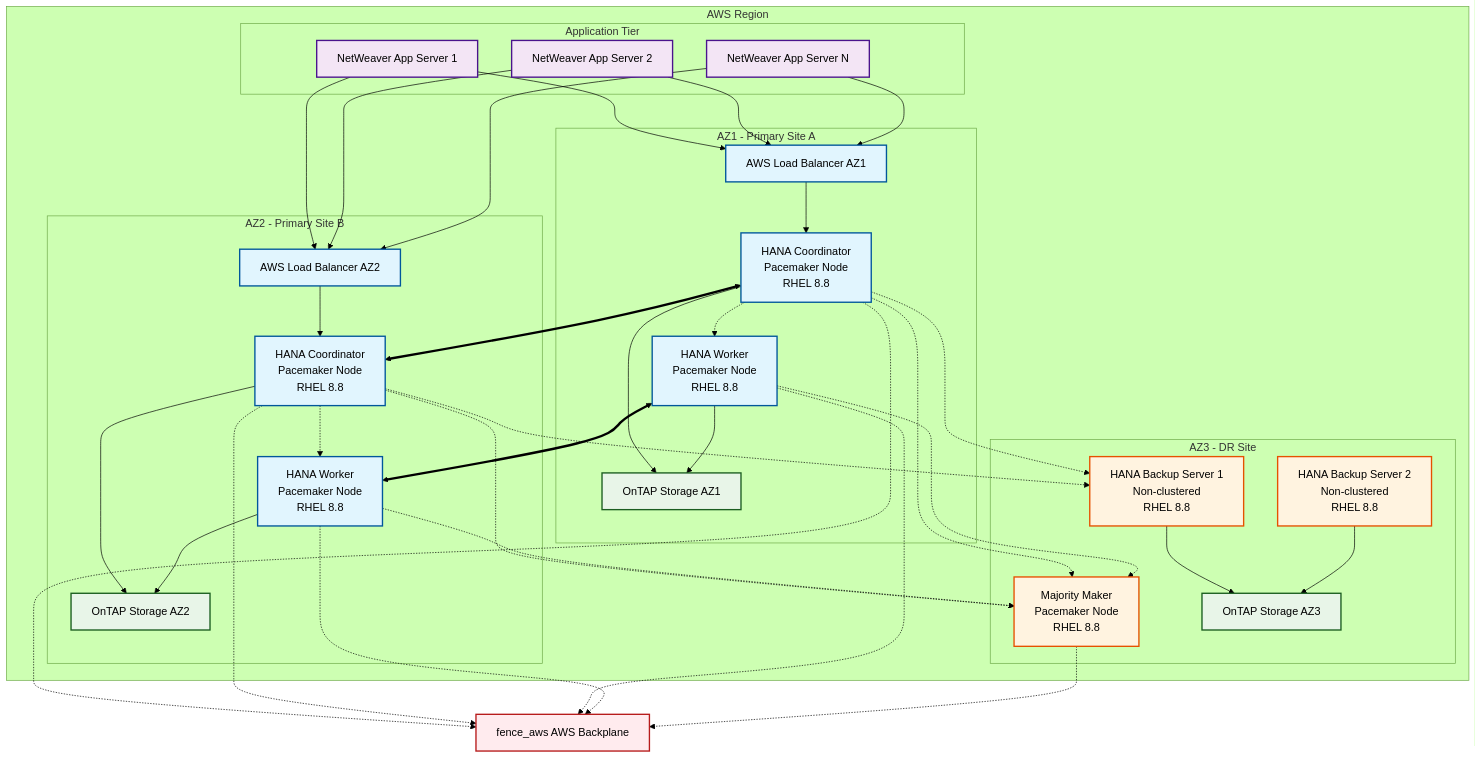
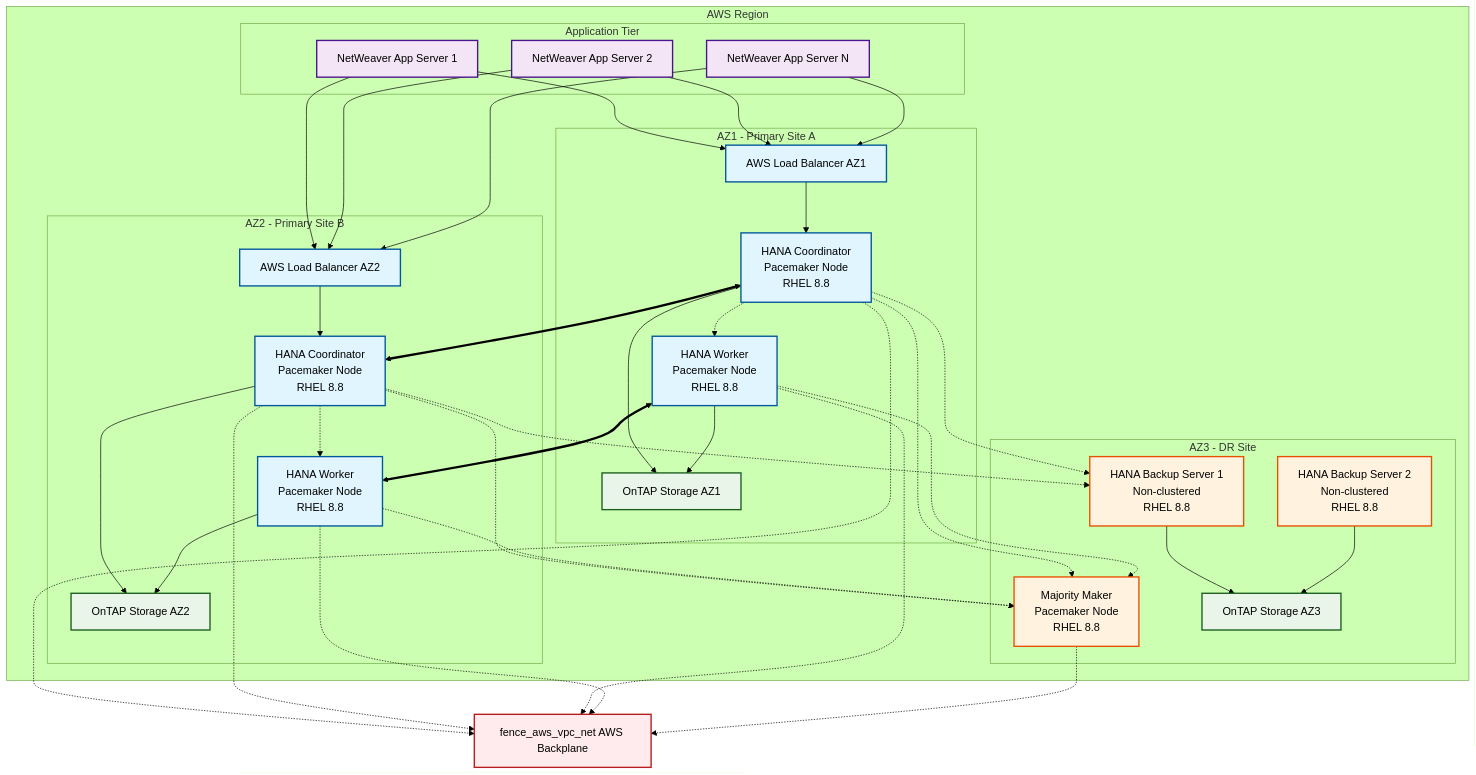
The first of 2 diagrams in README.md (robbybrodie/s4hanascaleout), drawn with Mermaid (forest theme) before and after one commit. The commit also changed other lines of this file, not shown here.

```diff
--- a/README.md
+++ b/README.md
@@ -110,7 +112,7 @@
     NW3 --> LB2
     
     %% AWS Fencing
-    COORD1 -.-> FENCE["fence_aws AWS Backplane"]
+    COORD1 -.-> FENCE["fence_aws_vpc_net AWS Backplane"]
     COORD2 -.-> FENCE
     WORKER1 -.-> FENCE
     WORKER2 -.-> FENCE
```
